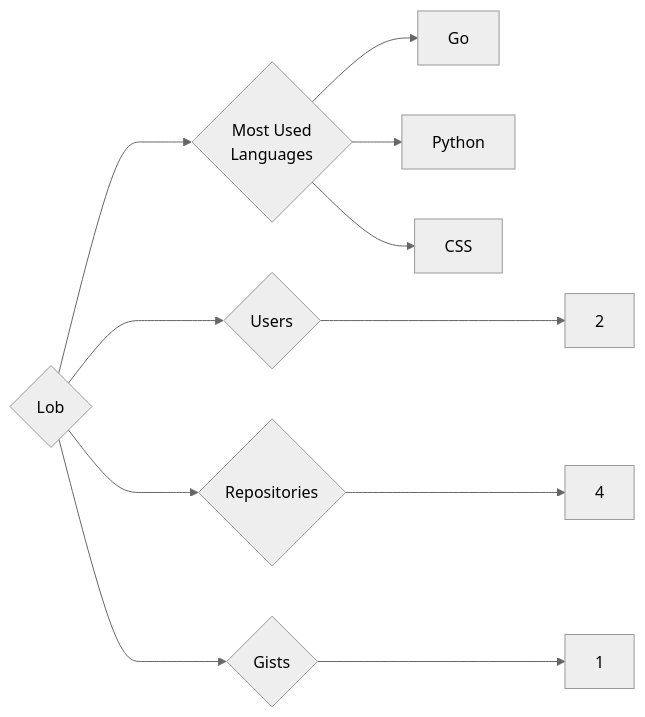
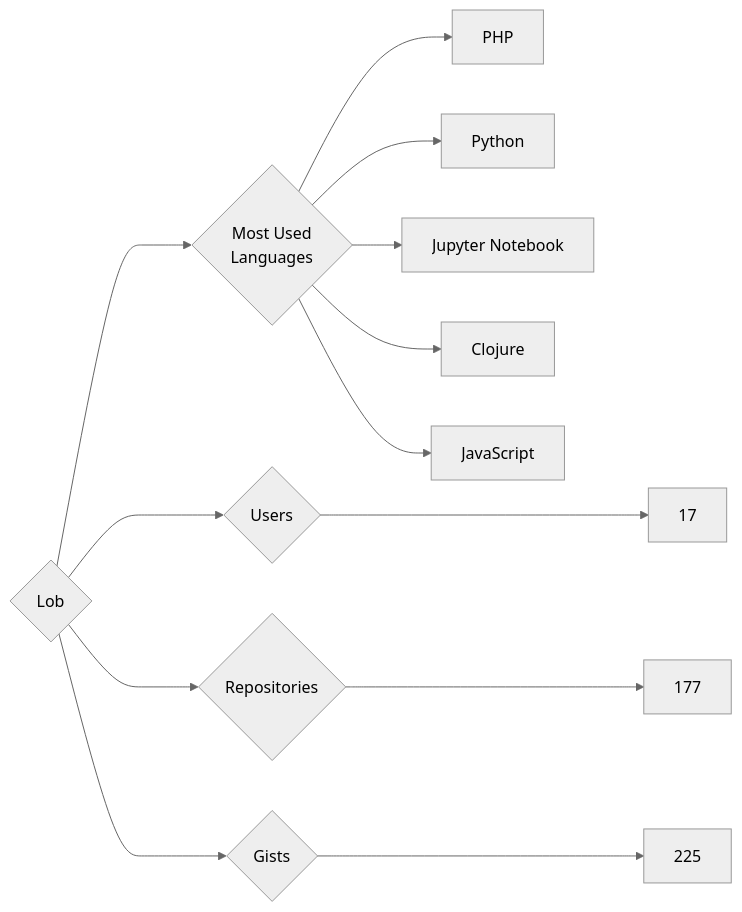
One commit to trickest/insiders changed the diagram in targets/Lob/README.md. Above: the diagram before and after it, drawn with Mermaid (neutral theme). The commit also changed 597 other files, not shown here.

````diff
--- a/targets/Lob/README.md
+++ b/targets/Lob/README.md
@@ -3,11 +3,13 @@
 ```mermaid
 graph LR
 COMPANY_NAME{Lob}
-COMPANY_NAME ---> U{Users} ---> UN[2]
-COMPANY_NAME ---> R{Repositories} ---> RN[4]
-COMPANY_NAME ---> G{Gists} ---> GN[1]
+COMPANY_NAME ---> U{Users} ---> UN[17]
+COMPANY_NAME ---> R{Repositories} ---> RN[177]
+COMPANY_NAME ---> G{Gists} ---> GN[225]
 COMPANY_NAME ---> ML{Most Used<br>Languages}
-ML --> Go[Go]
+ML --> PHP[PHP]
 ML --> Python[Python]
-ML --> CSS[CSS]
+ML --> Jupyter_Notebook[Jupyter Notebook]
+ML --> Clojure[Clojure]
+ML --> JavaScript[JavaScript]
 ```
````
